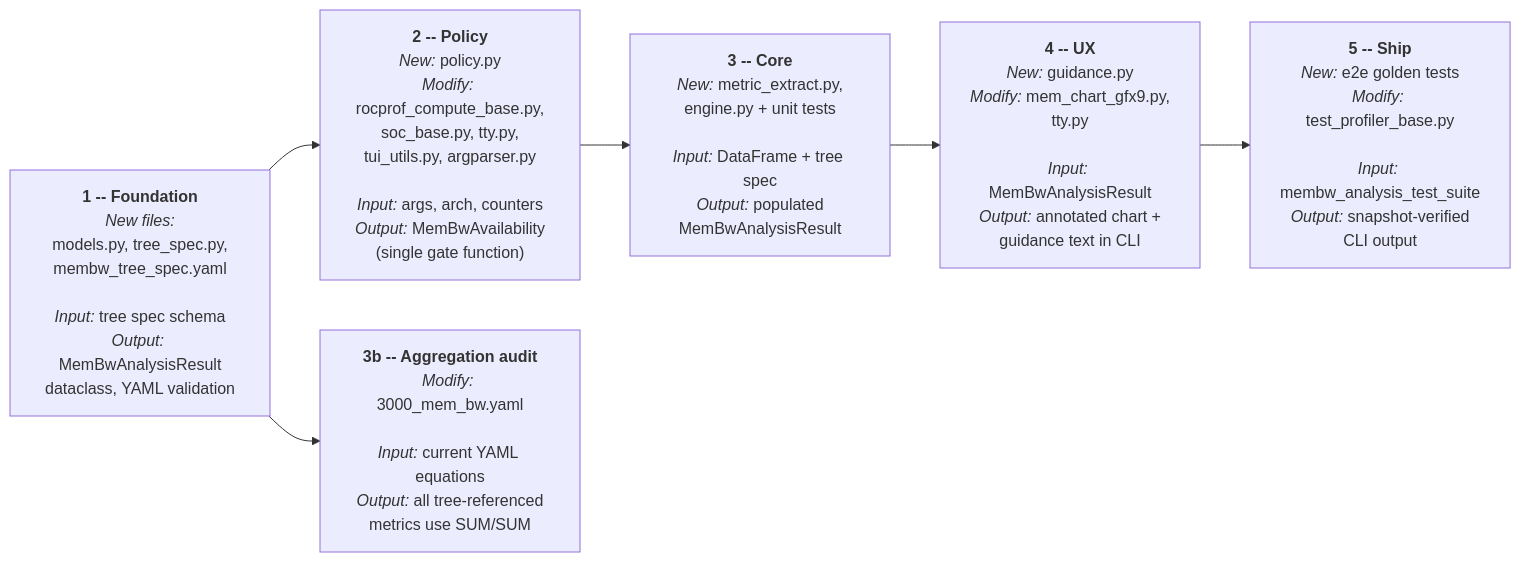
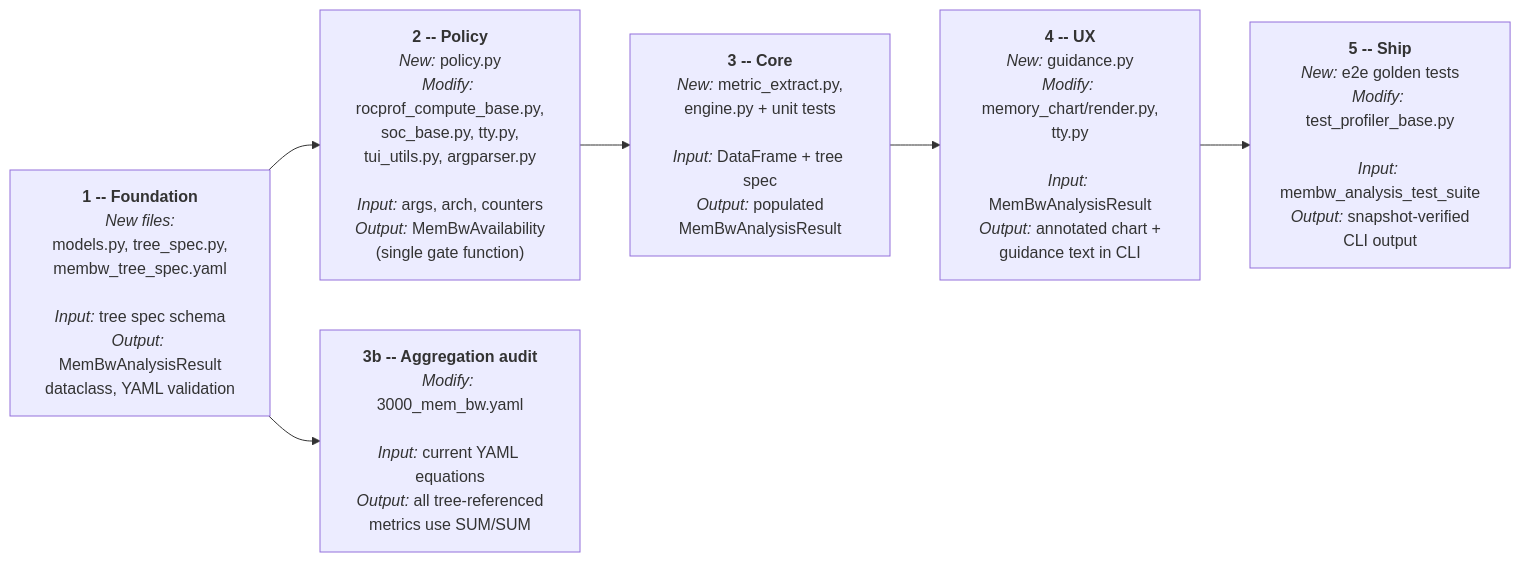
One commit to ROCm/rocm-systems changed the third of 3 diagrams in projects/rocprofiler-compute/docs/design/hld-membw-guided-analysis-in-memchart.md. Above: the diagram before and after it, drawn with Mermaid. The commit also changed other lines of this file and 45 other files, not shown here.

First line of the commit message:
feat(rocprofiler-compute): memory chart using json layouts (#12548)

````diff
--- a/projects/rocprofiler-compute/docs/design/hld-membw-guided-analysis-in-memchart.md
+++ b/projects/rocprofiler-compute/docs/design/hld-membw-guided-analysis-in-memchart.md
@@ -286,20 +286,20 @@
 ```mermaid
 flowchart LR
     P1["<b>1 -- Foundation</b><br/><i>New files:</i><br/>models.py, tree_spec.py,<br/>membw_tree_spec.yaml<br/><br/><i>Input:</i> tree spec schema<br/><i>Output:</i> MemBwAnalysisResult<br/>dataclass, YAML validation"]
 
     P2["<b>2 -- Policy</b><br/><i>New:</i> policy.py<br/><i>Modify:</i> rocprof_compute_base.py,<br/>soc_base.py, tty.py,<br/>tui_utils.py, argparser.py<br/><br/><i>Input:</i> args, arch, counters<br/><i>Output:</i> MemBwAvailability<br/>(single gate function)"]
 
     P3["<b>3 -- Core</b><br/><i>New:</i> metric_extract.py,<br/>engine.py + unit tests<br/><br/><i>Input:</i> DataFrame + tree spec<br/><i>Output:</i> populated<br/>MemBwAnalysisResult"]
 
     P3b["<b>3b -- Aggregation audit</b><br/><i>Modify:</i> 3000_mem_bw.yaml<br/><br/><i>Input:</i> current YAML equations<br/><i>Output:</i> all tree-referenced<br/>metrics use SUM/SUM"]
 
-    P4["<b>4 -- UX</b><br/><i>New:</i> guidance.py<br/><i>Modify:</i> mem_chart_gfx9.py,<br/>tty.py<br/><br/><i>Input:</i> MemBwAnalysisResult<br/><i>Output:</i> annotated chart +<br/>guidance text in CLI"]
+    P4["<b>4 -- UX</b><br/><i>New:</i> guidance.py<br/><i>Modify:</i> memory_chart/render.py,<br/>tty.py<br/><br/><i>Input:</i> MemBwAnalysisResult<br/><i>Output:</i> annotated chart +<br/>guidance text in CLI"]
 
     P5["<b>5 -- Ship</b><br/><i>New:</i> e2e golden tests<br/><i>Modify:</i> test_profiler_base.py<br/><br/><i>Input:</i> membw_analysis_test_suite<br/><i>Output:</i> snapshot-verified<br/>CLI output"]
 
     P1 --> P2
     P1 --> P3b
     P2 --> P3
     P3 --> P4
     P4 --> P5
 ```
````
